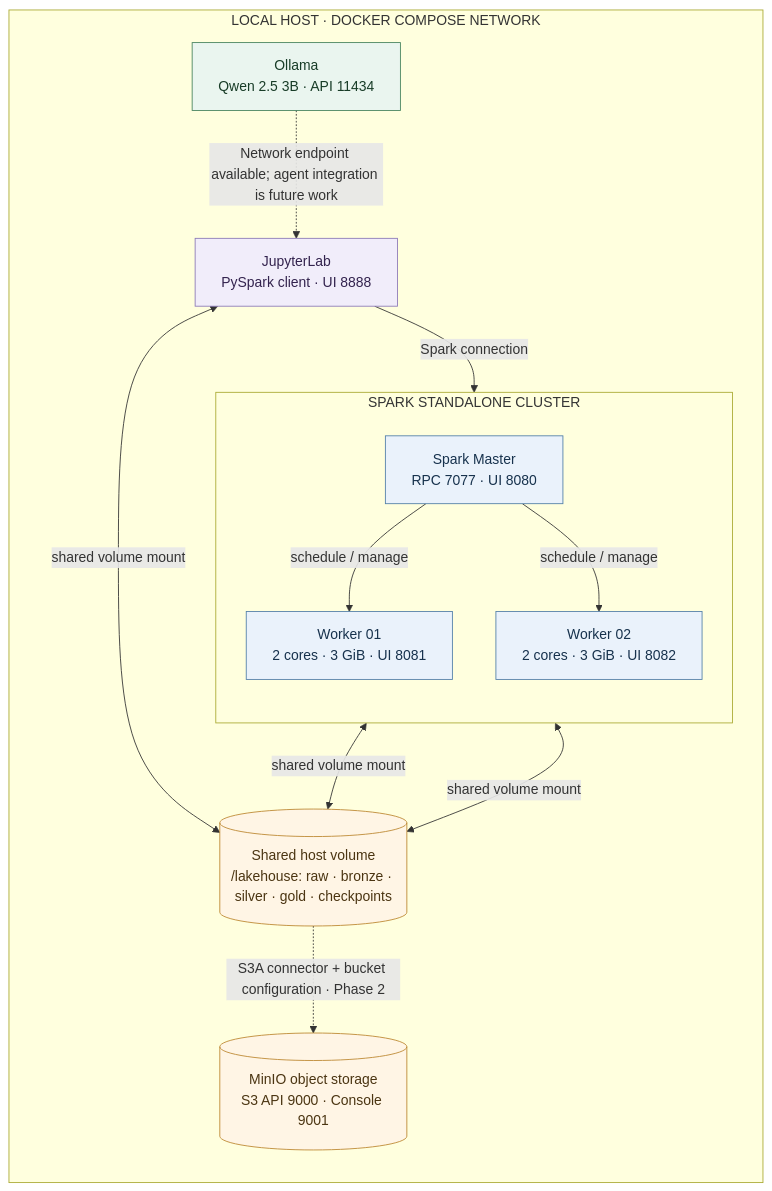
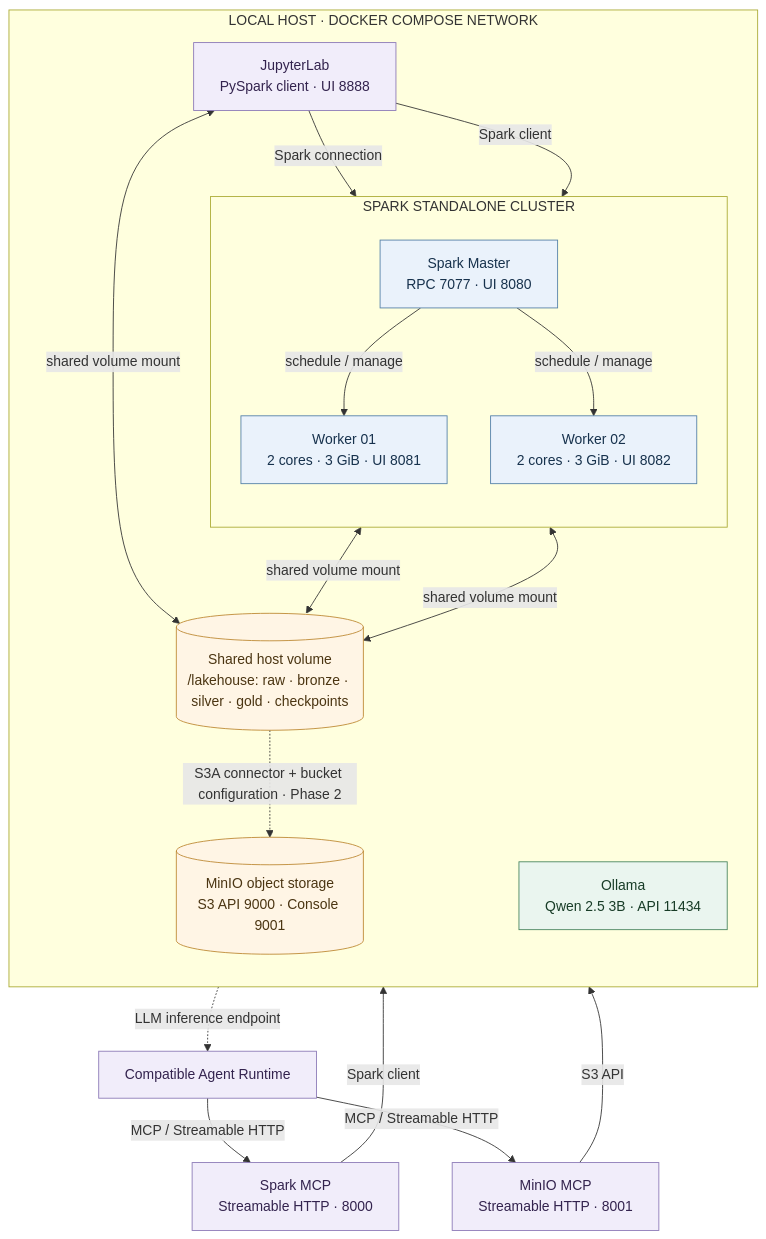
One commit to msellamiTN/spark-lakehouse-agent changed the first of 3 diagrams in README.md. Above: the diagram before and after it, drawn with Mermaid. The commit also changed other lines of this file, not shown here.

Commit message:
docs: document Spark and MinIO MCP agent integration

````diff
--- a/README.md
+++ b/README.md
@@ -32,32 +32,41 @@
 ```mermaid
 flowchart TB
   subgraph HOST["LOCAL HOST · DOCKER COMPOSE NETWORK"]
     direction TB
     subgraph SPARK["SPARK STANDALONE CLUSTER"]
       direction TB
       MASTER["Spark Master<br/>RPC 7077 · UI 8080"]
       WORKER1["Worker 01<br/>2 cores · 3 GiB · UI 8081"]
       WORKER2["Worker 02<br/>2 cores · 3 GiB · UI 8082"]
       MASTER -->|"schedule / manage"| WORKER1
       MASTER -->|"schedule / manage"| WORKER2
     end
     JUPYTER["JupyterLab<br/>PySpark client · UI 8888"]
     OLLAMA["Ollama<br/>Qwen 2.5 3B · API 11434"]
     LAKE[("Shared host volume<br/>/lakehouse: raw · bronze · silver · gold · checkpoints")]
     MINIO[("MinIO object storage<br/>S3 API 9000 · Console 9001")]
     JUPYTER -->|"Spark connection"| MASTER
     JUPYTER <-->|"shared volume mount"| LAKE
     WORKER1 <-->|"shared volume mount"| LAKE
     WORKER2 <-->|"shared volume mount"| LAKE
   end
-  OLLAMA -.->|"Network endpoint available; agent integration is future work"| JUPYTER
+  SPARK_MCP["Spark MCP<br/>Streamable HTTP · 8000"]
+  MINIO_MCP["MinIO MCP<br/>Streamable HTTP · 8001"]
+  AGENT["Compatible Agent Runtime"]
+  JUPYTER -->|"Spark client"| MASTER
+  SPARK_MCP -->|"Spark client"| MASTER
+  MINIO_MCP -->|"S3 API"| MINIO
+  AGENT -->|"MCP / Streamable HTTP"| SPARK_MCP
+  AGENT -->|"MCP / Streamable HTTP"| MINIO_MCP
+  OLLAMA -.->|"LLM inference endpoint"| AGENT
   LAKE -.->|"S3A connector + bucket configuration · Phase 2"| MINIO
   classDef compute fill:#eaf2fb,stroke:#527fa8,color:#17324d
   classDef workspace fill:#f1edfa,stroke:#8b78b6,color:#33234e
   classDef storage fill:#fff5e5,stroke:#bd8731,color:#4b3512
   classDef model fill:#eaf5ef,stroke:#47845e,color:#183c27
   class MASTER,WORKER1,WORKER2 compute
   class JUPYTER workspace
+  class SPARK_MCP,MINIO_MCP,AGENT workspace
   class LAKE,MINIO storage
   class OLLAMA model
 ```
````
